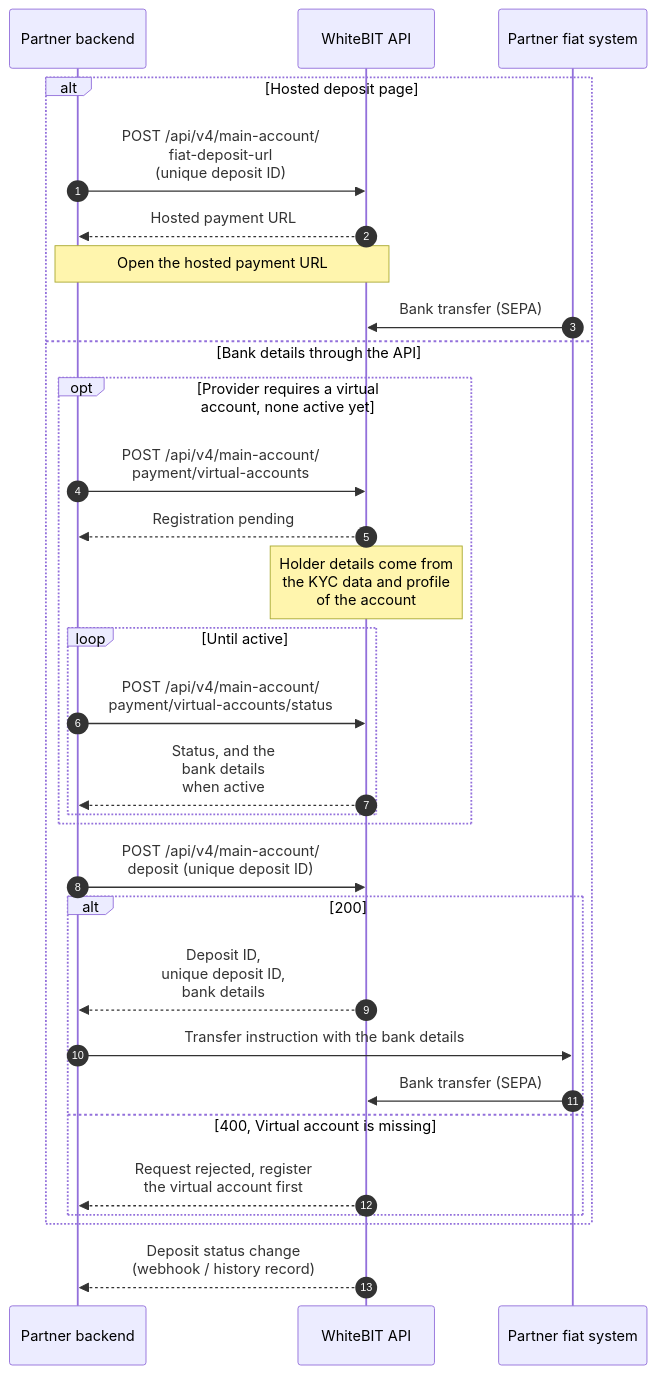
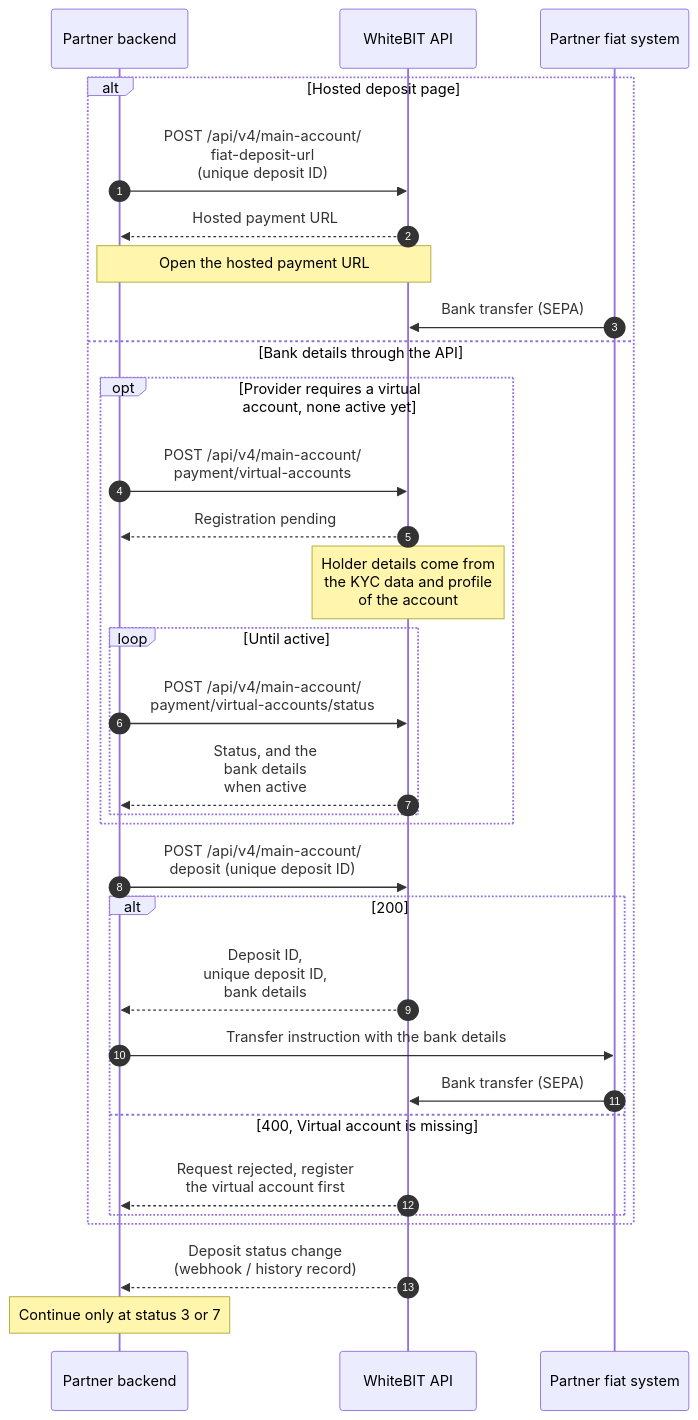
The second of 3 diagrams in guides/on-off-ramp-integration.mdx (whitebit-exchange/docs), drawn with Mermaid before and after one commit. The commit also changed other lines of this file, not shown here.

First line of the commit message:
docs(guide): add waits to the on/off-ramp flows

````diff
--- a/guides/on-off-ramp-integration.mdx
+++ b/guides/on-off-ramp-integration.mdx
@@ -141,33 +149,34 @@
 ```mermaid
 sequenceDiagram
     autonumber
     participant P as Partner backend
     participant W as WhiteBIT API
     participant F as Partner fiat system
 
     alt Hosted deposit page
         P->>W: POST /api/v4/main-account/<br/>fiat-deposit-url<br/>(unique deposit ID)
         W-->>P: Hosted payment URL
         Note over P,W: Open the hosted payment URL
         F->>W: Bank transfer (SEPA)
     else Bank details through the API
         opt Provider requires a virtual account, none active yet
             P->>W: POST /api/v4/main-account/<br/>payment/virtual-accounts
             W-->>P: Registration pending
             Note over W: Holder details come from<br/>the KYC data and profile<br/>of the account
             loop Until active
                 P->>W: POST /api/v4/main-account/<br/>payment/virtual-accounts/status
                 W-->>P: Status, and the<br/>bank details<br/>when active
             end
         end
         P->>W: POST /api/v4/main-account/<br/>deposit (unique deposit ID)
         alt 200
             W-->>P: Deposit ID,<br/>unique deposit ID,<br/>bank details
             P->>F: Transfer instruction with the bank details
             F->>W: Bank transfer (SEPA)
         else 400, Virtual account is missing
             W-->>P: Request rejected, register<br/>the virtual account first
         end
     end
     W-->>P: Deposit status change<br/>(webhook / history record)
+    Note over P: Continue only at status 3 or 7
 ```
````
